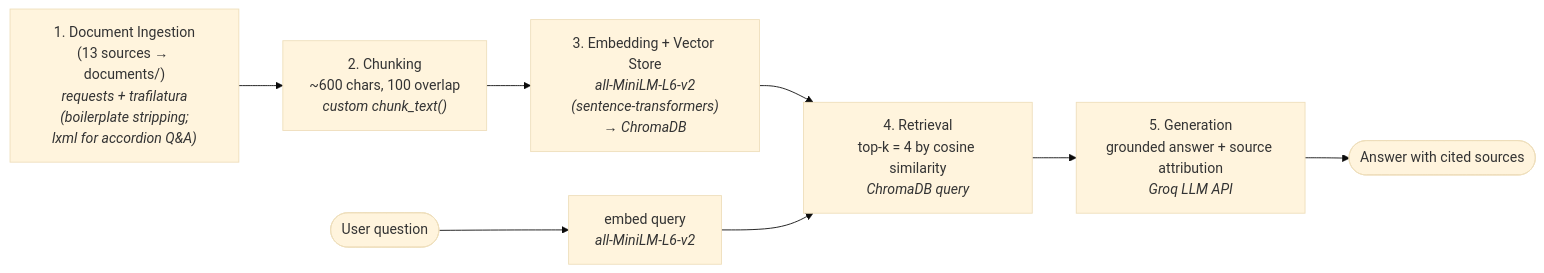
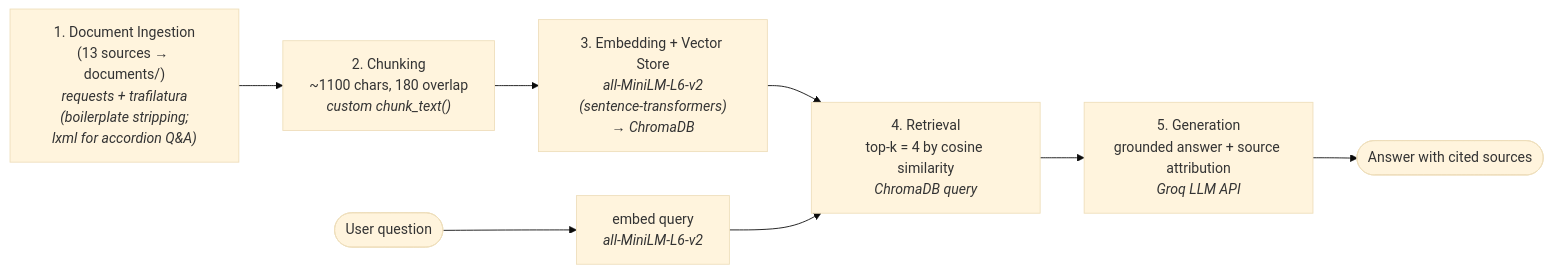
The diagram in planning.md (ilp90/RAG-System), drawn with Mermaid (base theme) before and after one commit. The commit also changed other lines of this file and 4 other files, not shown here.

````diff
--- a/planning.md
+++ b/planning.md
@@ -139,10 +141,10 @@
 ```mermaid
 flowchart LR
     A["1. Document Ingestion<br/>(13 sources → documents/)<br/><i>requests + trafilatura<br/>(boilerplate stripping;<br/>lxml for accordion Q&A)</i>"]
-      --> B["2. Chunking<br/>~600 chars, 100 overlap<br/><i>custom chunk_text()</i>"]
+      --> B["2. Chunking<br/>~1100 chars, 180 overlap<br/><i>custom chunk_text()</i>"]
       --> C["3. Embedding + Vector Store<br/><i>all-MiniLM-L6-v2<br/>(sentence-transformers)<br/>→ ChromaDB</i>"]
       --> D["4. Retrieval<br/>top-k = 4 by cosine similarity<br/><i>ChromaDB query</i>"]
       --> E["5. Generation<br/>grounded answer + source attribution<br/><i>Groq LLM API</i>"]
     Q(["User question"]) --> C2["embed query<br/><i>all-MiniLM-L6-v2</i>"] --> D
     E --> ANS(["Answer with cited sources"])
 ```
````
